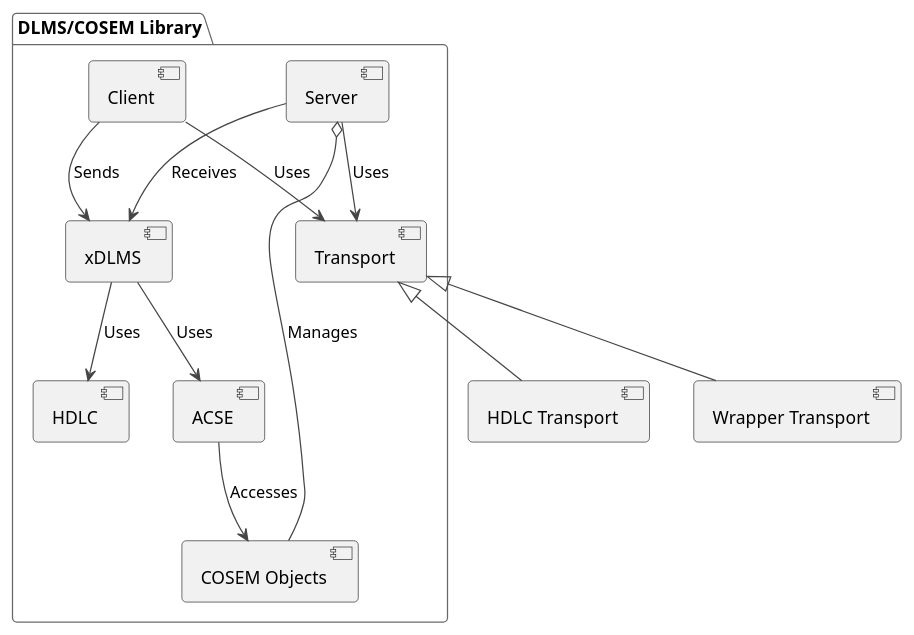
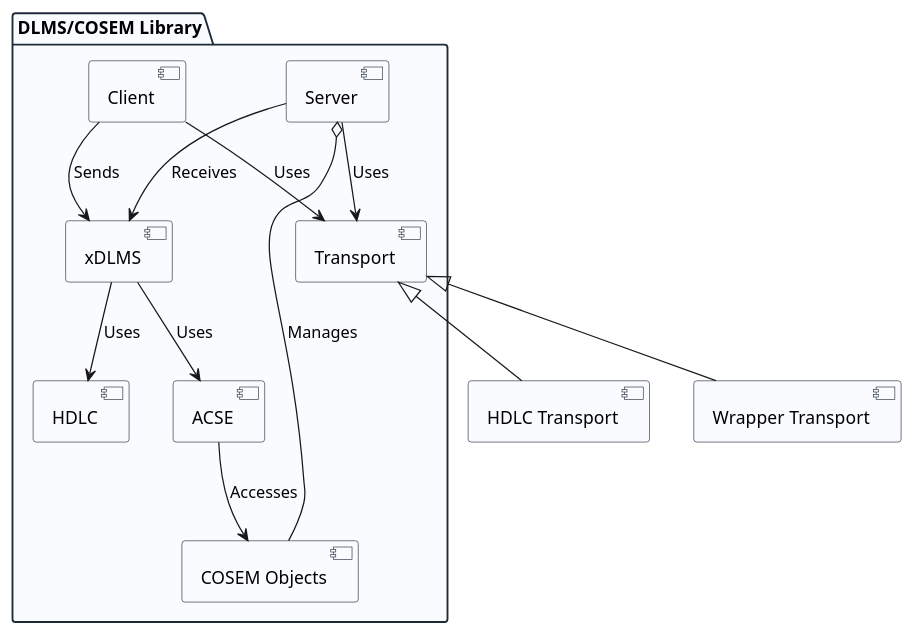
The diagram in diagrams/component_diagram.puml (gvtret/DLMS.COSEM.rs), drawn with PlantUML before and after one commit. The commit also changed 32 other files, not shown here.

```diff
--- a/diagrams/component_diagram.puml
+++ b/diagrams/component_diagram.puml
@@ -1,25 +1,34 @@
 @startuml
-!theme vibrant
+skinparam backgroundColor #FFFFFF
+skinparam shadowing false
+skinparam package {
+  BackgroundColor #F9FBFF
+  BorderColor #1F2A38
+}
+skinparam component {
+  BackgroundColor #F9FBFF
+  BorderColor #1F2A38
+}
 
 package "DLMS/COSEM Library" {
   [Client]
   [Server]
   [Transport]
   [COSEM Objects]
   [ACSE]
   [xDLMS]
   [HDLC]
 }
 
 [Client] --> [Transport] : Uses
 [Server] --> [Transport] : Uses
 [Transport] <|-- [HDLC Transport]
 [Transport] <|-- [Wrapper Transport]
 [Server] o-- [COSEM Objects] : Manages
 [Client] --> [xDLMS] : Sends
 [Server] --> [xDLMS] : Receives
 [xDLMS] --> [ACSE] : Uses
 [ACSE] --> [COSEM Objects] : Accesses
 [xDLMS] --> [HDLC] : Uses
 
 @enduml
```
